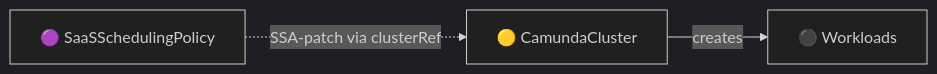
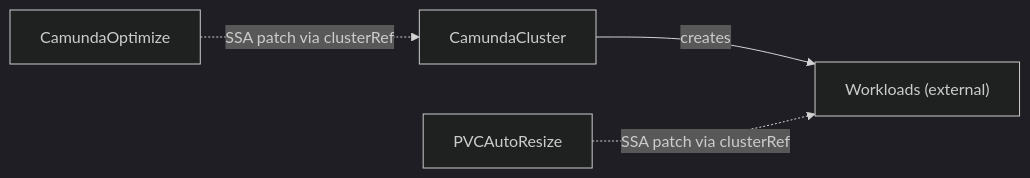
The third of 5 diagrams in docs/architecture.md (konsole-is/camunda-operator), drawn with Mermaid (dark theme) before and after one commit. The commit also changed other lines of this file, not shown here.

First line of the commit message:
docs: rewrite architecture scoped to the core operator (#2)

````diff
--- a/docs/architecture.md
+++ b/docs/architecture.md
@@ -604,5 +53,6 @@
 ```mermaid
 graph LR
-    CC["🟡 CamundaCluster"] -->|creates| WL["⚫ Workloads"]
-    SP["🟣 SaaSSchedulingPolicy"] -.->|"SSA-patch via clusterRef"| CC
+    CC[CamundaCluster] -->|creates| WL["Workloads (external)"]
+    OPT[CamundaOptimize] -.->|"SSA patch via clusterRef"| CC
+    PAR[PVCAutoResize] -.->|"SSA patch via clusterRef"| WL
 ```
````
